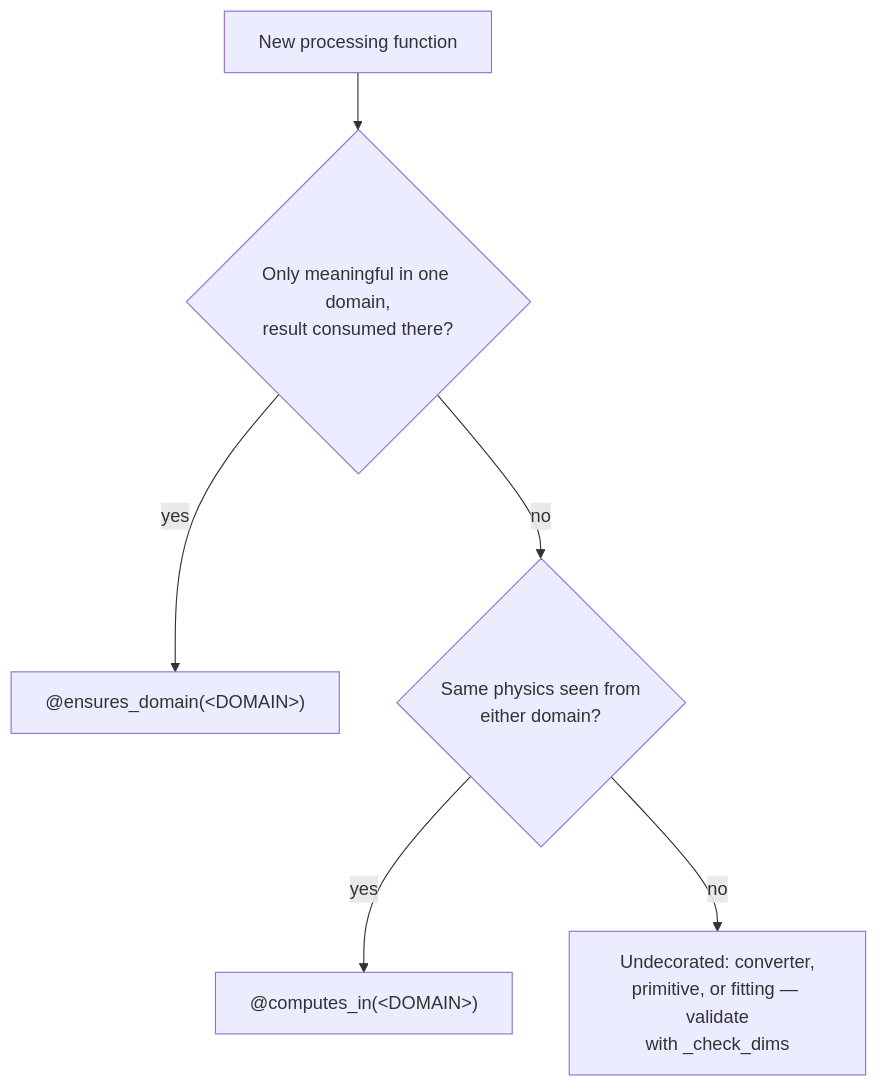
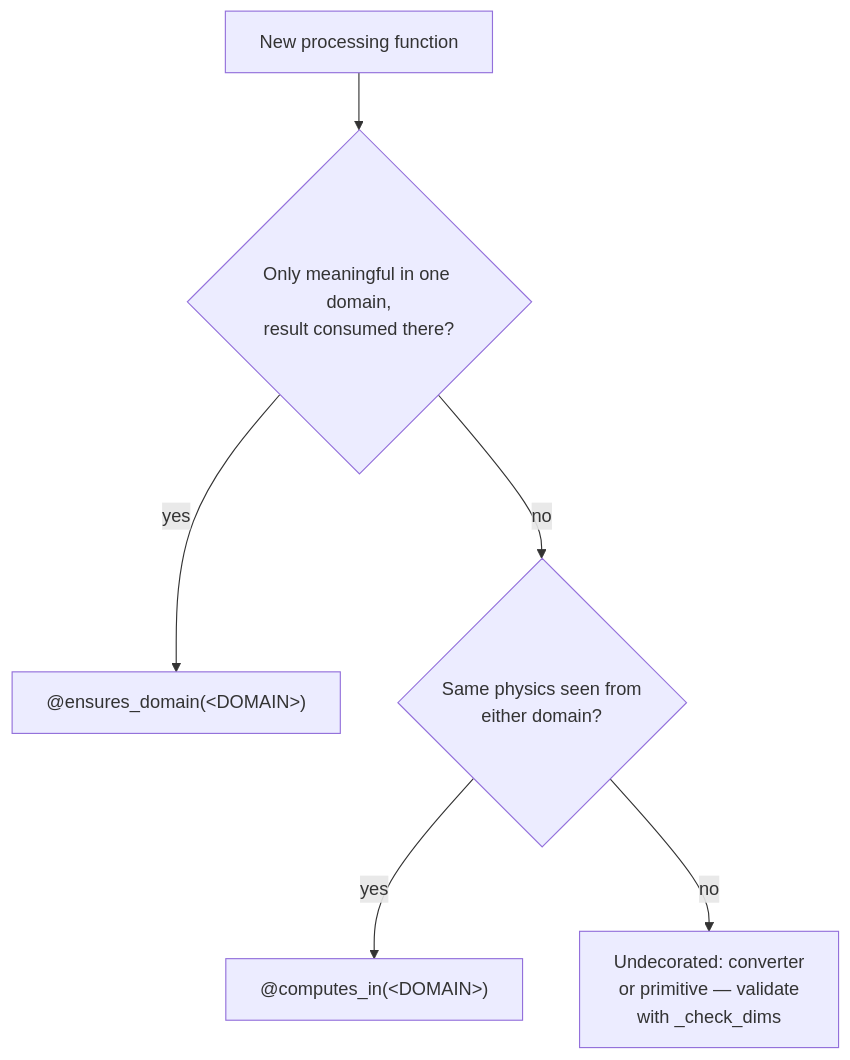
One commit to andrewendlinger/xmris changed the second of 2 diagrams in docs/explanation/domains.md. Above: the diagram before and after it, drawn with Mermaid. The commit also changed other lines of this file and 30 other files, not shown here.

````diff
--- a/docs/explanation/domains.md
+++ b/docs/explanation/domains.md
@@ -195,8 +203,8 @@
 ```{mermaid}
 flowchart TD
     A[New processing function] --> B{Only meaningful in one domain,<br/>result consumed there?}
     B -- yes --> C["@ensures_domain(&lt;DOMAIN&gt;)"]
     B -- no --> D{Same physics seen from<br/>either domain?}
     D -- yes --> E["@computes_in(&lt;DOMAIN&gt;)"]
-    D -- no --> F[Undecorated: converter,<br/>primitive, or fitting — validate<br/>with _check_dims]
+    D -- no --> F[Undecorated: converter<br/>or primitive — validate<br/>with _check_dims]
 ```
````
